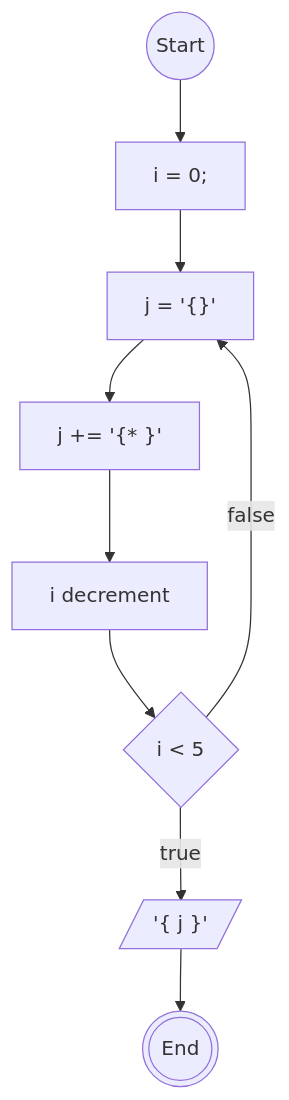
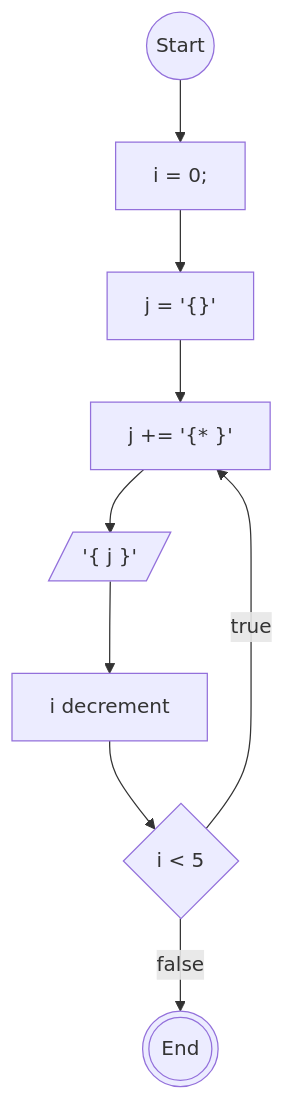
Before and after one commit to fatawaimamalmuftin/koda-b8-homework1: the diagram in doWhile.md, drawn with Mermaid.

````diff
--- a/doWhile.md
+++ b/doWhile.md
@@ -1,16 +1,17 @@
 ```mermaid
 flowchart
 
 mulai@{ shape: circle, label: "Start"}
 i@{ shape: rect, label: "i = 0;"}
 j@{ shape: rect, label: "j = '{}'"}
 do@{ shape: rect, label: "j += '{* }'"}
 i+@{ shape: rect, label: "i decrement"}
 loop@{ shape: diamond, label: "i < 5"}
 hj@{ shape: lean-r, label: "'{ j }'"}
 selesai@{ shape: doublecircle, label: "End"}
 
-mulai-->i-->j-->do-->i+-->loop--true-->hj-->selesai
-loop--false-->j
+mulai-->i-->j-->do-->hj-->i+-->
+loop--true-->do
+loop--false-->selesai
 
 ```
````
